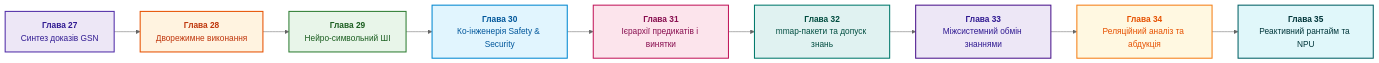
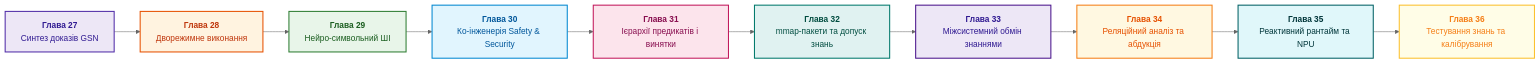
Before and after one commit to nick-fedchik/articles: the diagram in ExpertSystem/part-06-frontiers-neuro-symbolic.md, drawn with Mermaid (neutral theme). The commit also changed other lines of this file and 4 other files, not shown here.

````diff
--- a/ExpertSystem/part-06-frontiers-neuro-symbolic.md
+++ b/ExpertSystem/part-06-frontiers-neuro-symbolic.md
@@ -22,34 +22,37 @@
 ```mermaid
 flowchart LR
     accTitle: Кульмінація технологій у Частині VI
     accDescr: Від синтезу сертифікаційних доказів GSN через дворежимне виконання та нейро-символьний ШІ до ко-інженерії, силогістичного рушія та бінарних mmap-пакетів.
 
     GSN["<b>Глава 27</b><br/>Синтез доказів GSN"] --> DUAL["<b>Глава 28</b><br/>Дворежимне виконання"]
     DUAL --> NESY["<b>Глава 29</b><br/>Нейро-символьний ШІ"]
     NESY --> COENG["<b>Глава 30</b><br/>Ко-інженерія Safety & Security"]
     COENG --> SYLLOG["<b>Глава 31</b><br/>Ієрархії предикатів і винятки"]
     SYLLOG --> MMAP["<b>Глава 32</b><br/>mmap-пакети та допуск знань"]
     MMAP --> XCHG["<b>Глава 33</b><br/>Міжсистемний обмін знаннями"]
     XCHG --> ABD["<b>Глава 34</b><br/>Реляційний аналіз та абдукція"]
     ABD --> REACT["<b>Глава 35</b><br/>Реактивний рантайм та NPU"]
+    REACT --> TEST["<b>Глава 36</b><br/>Тестування знань та калібрування"]
 
     classDef gsn fill:#ede7f6,stroke:#512da8,stroke-width:2px,color:#311b92;
     classDef dual fill:#fff3e0,stroke:#e65100,stroke-width:2px,color:#bf360c;
     classDef nesy fill:#e8f5e9,stroke:#2e7d32,stroke-width:2px,color:#1b5e20;
     classDef coeng fill:#e1f5fe,stroke:#0288d1,stroke-width:2px,color:#01579b;
     classDef syllog fill:#fce4ec,stroke:#c2185b,stroke-width:2px,color:#880e4f;
     classDef mmap fill:#e0f2f1,stroke:#00796b,stroke-width:2px,color:#004d40;
     classDef xchg fill:#ede7f6,stroke:#4a148c,stroke-width:2px,color:#311b92;
     classDef abd fill:#fff8e1,stroke:#f57f17,stroke-width:2px,color:#e65100;
     classDef react fill:#e0f7fa,stroke:#006064,stroke-width:2px,color:#00363a;
+    classDef test fill:#fffde7,stroke:#fbc02d,stroke-width:2px,color:#f57f17;
 
     class GSN gsn;
     class DUAL dual;
     class NESY nesy;
     class COENG coeng;
     class SYLLOG syllog;
     class MMAP mmap;
     class XCHG xchg;
     class ABD abd;
     class REACT react;
+    class TEST test;
 ```
````
